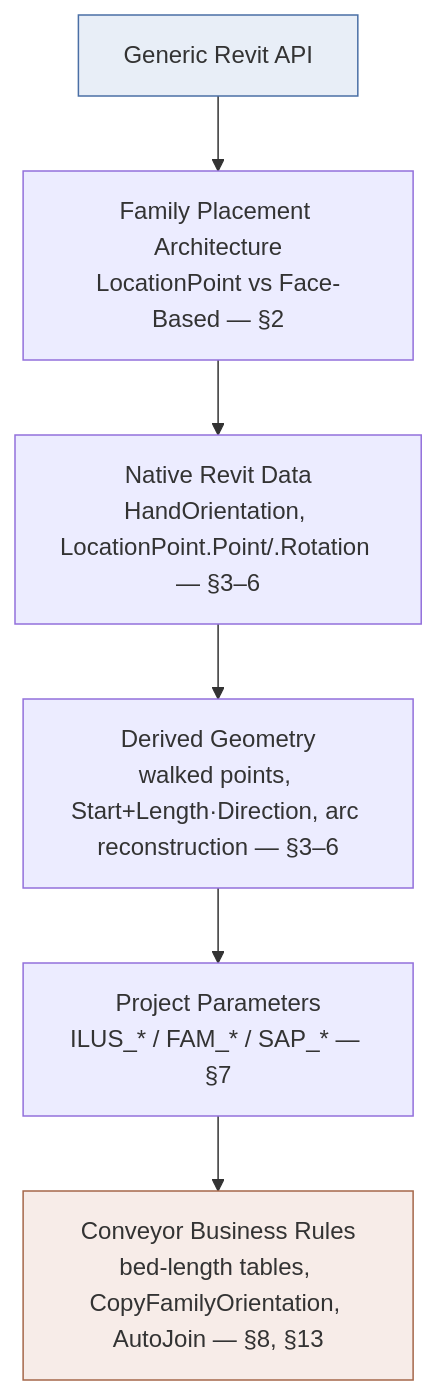
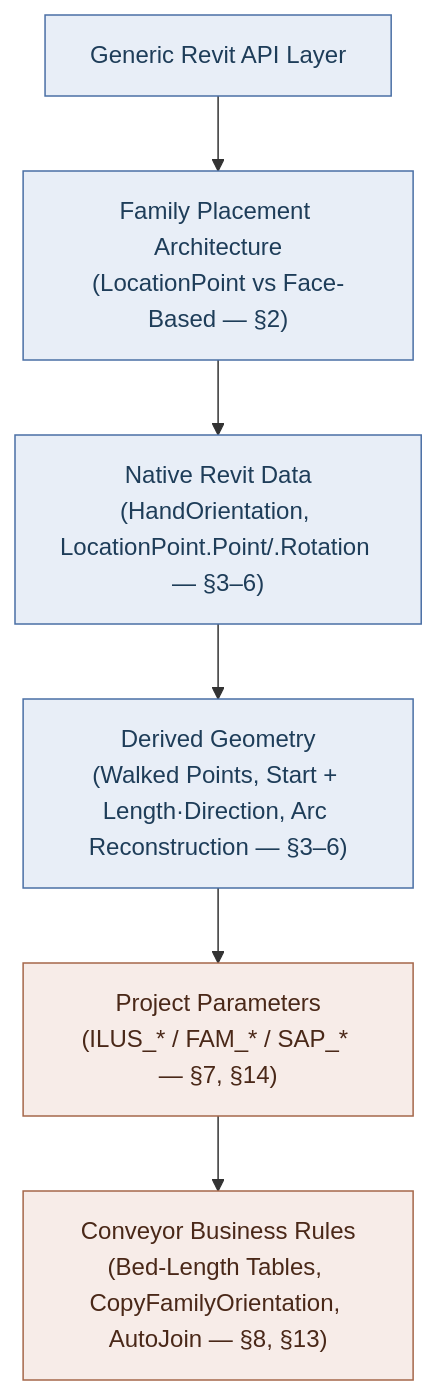
The first of 20 diagrams in RevitApiSamples/Samples/TransformModule/ProjectCases/Conveyor/ConveyorFamilyGeometry.md (Mustafa-TOMMY/CommandSamplesRevitApiVer2025), drawn with Mermaid before and after one commit. The commit also changed other lines of this file, not shown here.

Commit message:
docs(transform): add comprehensive diagram suite to ConveyorFamilyGeometry.md

````diff
--- a/RevitApiSamples/Samples/TransformModule/ProjectCases/Conveyor/ConveyorFamilyGeometry.md
+++ b/RevitApiSamples/Samples/TransformModule/ProjectCases/Conveyor/ConveyorFamilyGeometry.md
@@ -16,11 +16,13 @@
 ```mermaid
 flowchart TD
-    A["Generic Revit API"] --> B["Family Placement Architecture<br/>LocationPoint vs Face-Based — §2"]
-    B --> C["Native Revit Data<br/>HandOrientation, LocationPoint.Point/.Rotation — §3–6"]
-    C --> D["Derived Geometry<br/>walked points, Start+Length·Direction, arc reconstruction — §3–6"]
-    D --> E["Project Parameters<br/>ILUS_* / FAM_* / SAP_* — §7"]
-    E --> F["Conveyor Business Rules<br/>bed-length tables, CopyFamilyOrientation, AutoJoin — §8, §13"]
+    A["Generic Revit API Layer"] --> B["Family Placement Architecture<br/>(LocationPoint vs Face-Based — §2)"]
+    B --> C["Native Revit Data<br/>(HandOrientation, LocationPoint.Point/.Rotation — §3–6)"]
+    C --> D["Derived Geometry<br/>(Walked Points, Start + Length·Direction, Arc Reconstruction — §3–6)"]
+    D --> E["Project Parameters<br/>(ILUS_* / FAM_* / SAP_* — §7, §14)"]
+    E --> F["Conveyor Business Rules<br/>(Bed-Length Tables, CopyFamilyOrientation, AutoJoin — §8, §13)"]
 
-    style A fill:#e8eef7,stroke:#4a6fa5
-    style F fill:#f7ece8,stroke:#a5674a
+    classDef generic fill:#e8eef7,stroke:#4a6fa5,color:#1e3d59;
+    classDef project fill:#f7ece8,stroke:#a5674a,color:#4a2818;
+    class A,B,C,D generic
+    class E,F project
 ```
````
